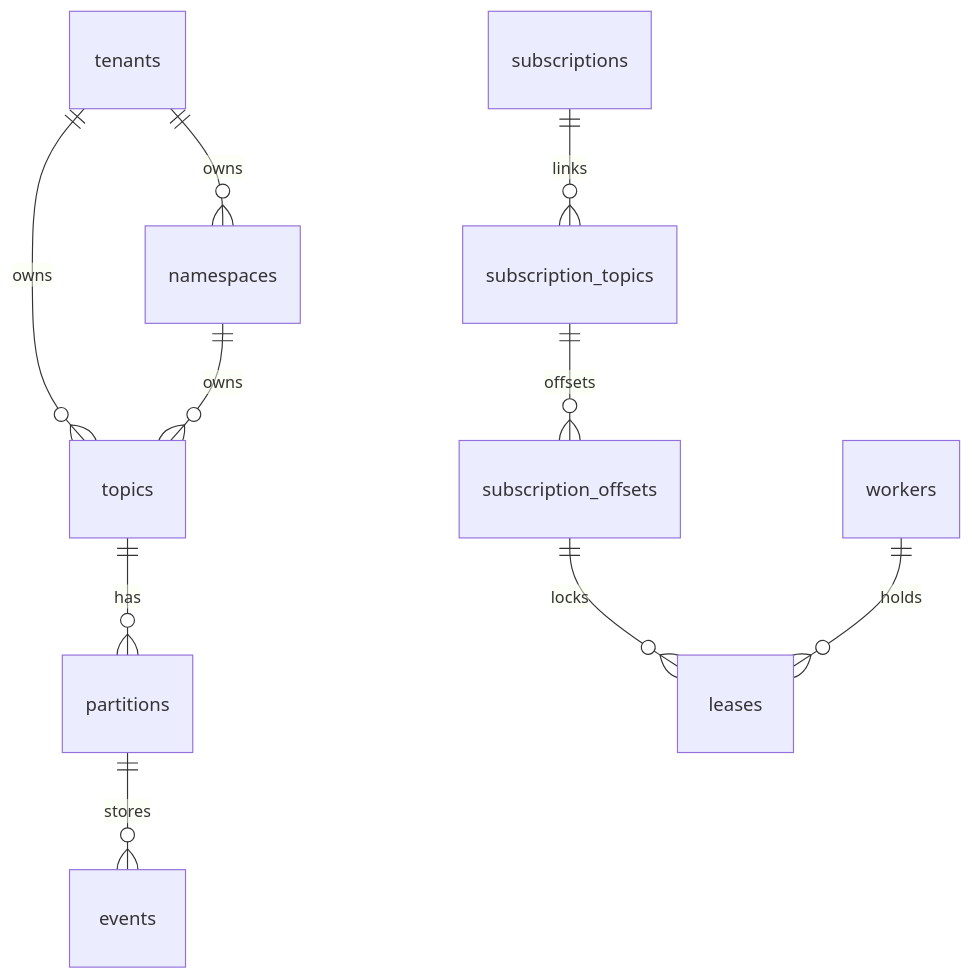
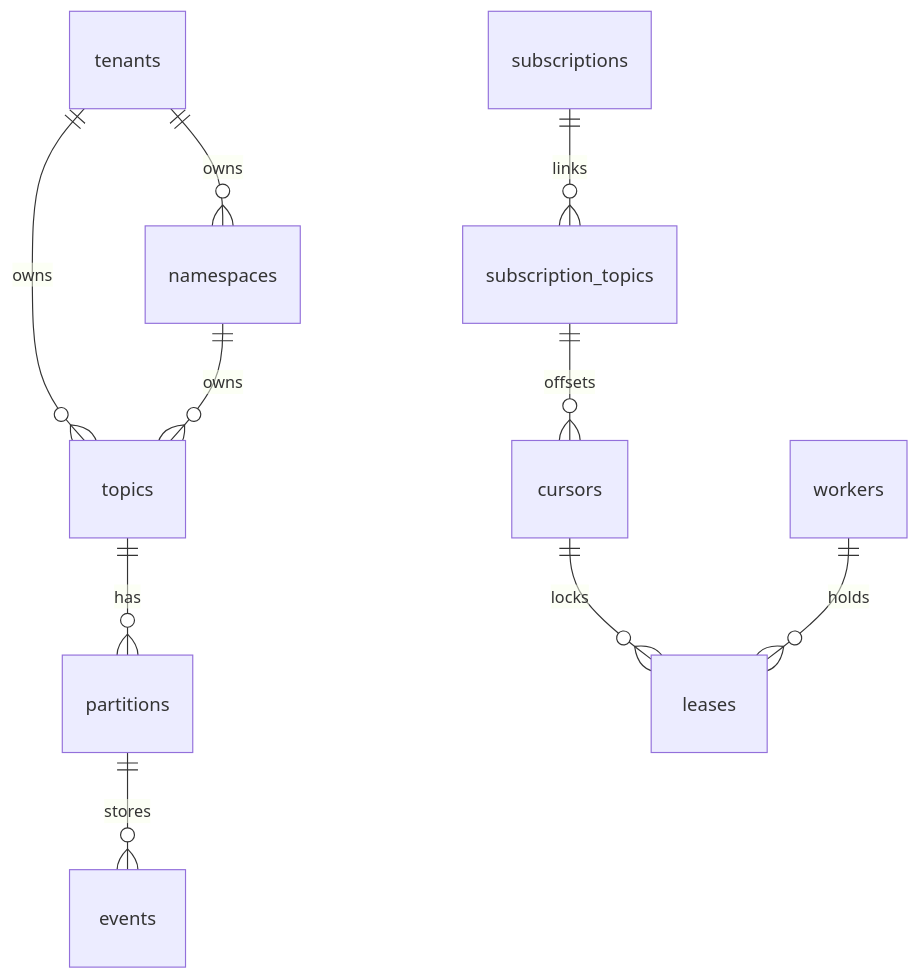
One commit to rbilleci/boxy changed the first of 3 diagrams in README.md. Above: the diagram before and after it, drawn with Mermaid. The commit also changed other lines of this file and 24 other files, not shown here.

````diff
--- a/README.md
+++ b/README.md
@@ -68,12 +68,12 @@
 ```mermaid
 erDiagram
     tenants ||--o{ topics : owns
     topics ||--o{ partitions : has
     partitions ||--o{ events : stores
     tenants ||--o{ namespaces : owns
     namespaces ||--o{ topics : owns
     subscriptions ||--o{ subscription_topics : links
-    subscription_topics ||--o{ subscription_offsets : offsets
-    subscription_offsets ||--o{ leases : locks
+    subscription_topics ||--o{ cursors : offsets
+    cursors ||--o{ leases : locks
     workers ||--o{ leases : holds
 ```
````
